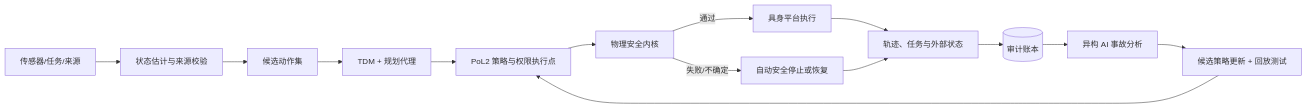
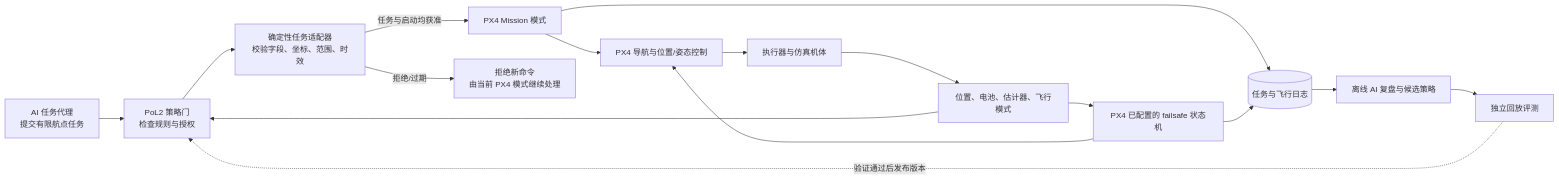
The fourth of 4 diagrams in Research/PoL2-治理支点与行动闭环-V2.md (naturaldao/NaturalDAO), drawn with Mermaid before and after one commit. The commit also changed other lines of this file, not shown here.

````diff
--- a/Research/PoL2-治理支点与行动闭环-V2.md
+++ b/Research/PoL2-治理支点与行动闭环-V2.md
@@ -195,16 +193,18 @@
 ```mermaid
 flowchart LR
-    S[传感器/任务/来源] --> W[状态估计与来源校验]
-    W --> A[候选动作集]
-    A --> J[TDM + 规划代理]
-    J --> P[PoL2 策略与权限执行点]
-    P --> K[物理安全内核]
-    K -->|通过| D[具身平台执行]
-    K -->|失败/不确定| Z[自动安全停止或恢复]
-    D --> O[轨迹、任务与外部状态]
-    Z --> O
-    O --> L[(审计账本)]
-    L --> M[异构 AI 事故分析]
-    M --> U[候选策略更新 + 回放测试]
-    U --> P
+    A[AI 任务代理<br/>提交有限航点任务] --> B[PoL2 策略门<br/>检查规则与授权]
+    B --> C[确定性任务适配器<br/>校验字段、坐标、范围、时效]
+    C -->|任务与启动均获准| D[PX4 Mission 模式]
+    C -->|拒绝/过期| R[拒绝新命令<br/>由当前 PX4 模式继续处理]
+    D --> E[PX4 导航与位置/姿态控制]
+    E --> F[执行器与仿真机体]
+    F --> G[位置、电池、估计器、飞行模式]
+    G --> B
+    G --> H[PX4 已配置的 failsafe 状态机]
+    H --> E
+    D --> I[(任务与飞行日志)]
+    H --> I
+    I --> J[离线 AI 复盘与候选策略]
+    J --> K[独立回放评测]
+    K -.验证通过后发布版本.-> B
 ```
````
